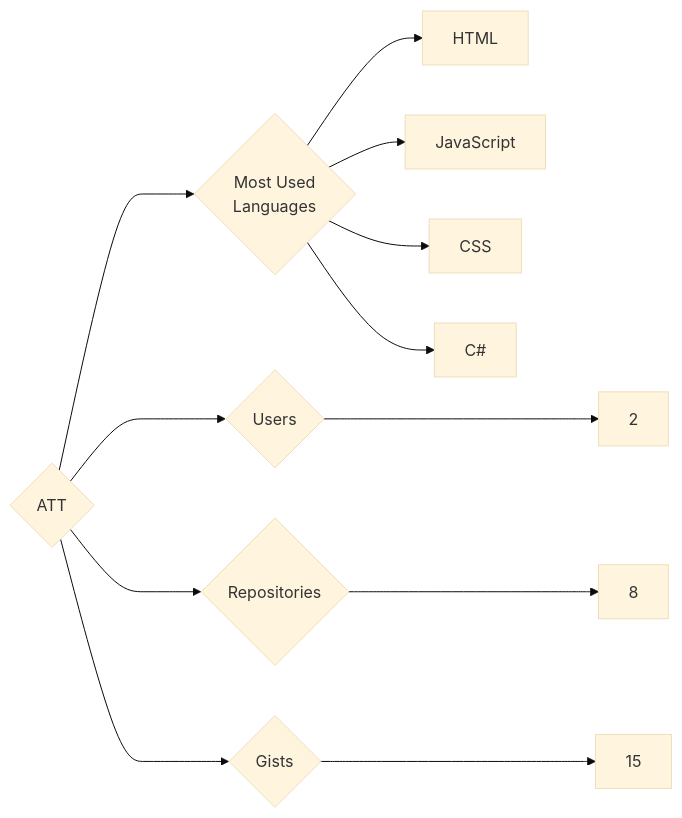
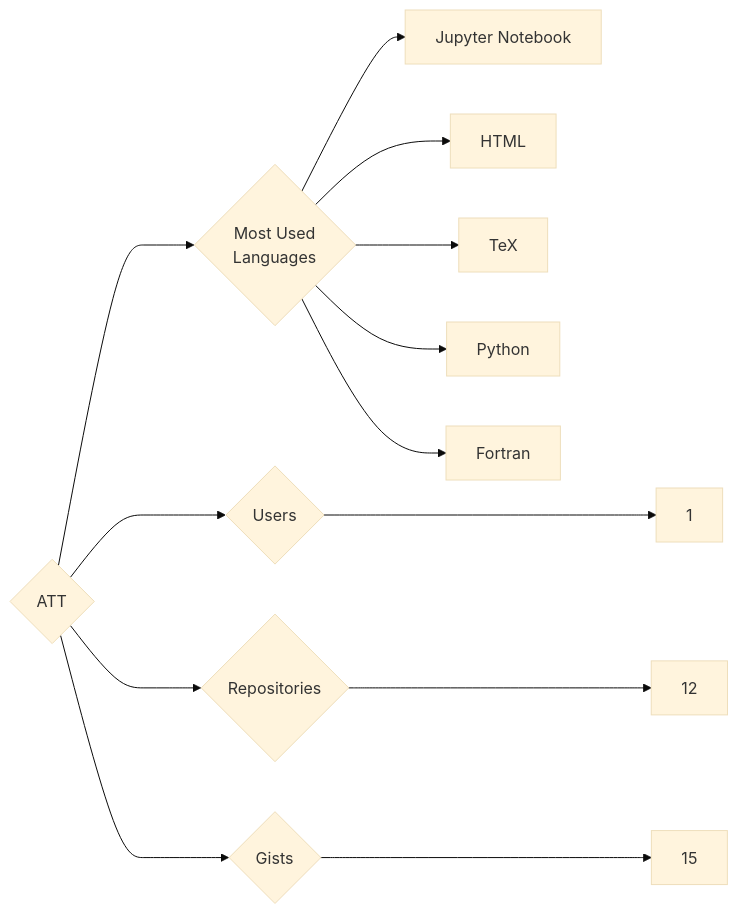
The diagram in targets/ATT/README.md (trickest/insiders), drawn with Mermaid (base theme) before and after one commit. The commit also changed 865 other files, not shown here.

````diff
--- a/targets/ATT/README.md
+++ b/targets/ATT/README.md
@@ -3,12 +3,13 @@
 ```mermaid
 graph LR
 COMPANY_NAME{ATT}
-COMPANY_NAME ---> U{Users} ---> UN[2]
-COMPANY_NAME ---> R{Repositories} ---> RN[8]
+COMPANY_NAME ---> U{Users} ---> UN[1]
+COMPANY_NAME ---> R{Repositories} ---> RN[12]
 COMPANY_NAME ---> G{Gists} ---> GN[15]
 COMPANY_NAME ---> ML{Most Used<br>Languages}
+ML --> Jupyter_Notebook[Jupyter Notebook]
 ML --> HTML[HTML]
-ML --> JavaScript[JavaScript]
-ML --> CSS[CSS]
-ML --> C#[C#]
+ML --> TeX[TeX]
+ML --> Python[Python]
+ML --> Fortran[Fortran]
 ```
````
